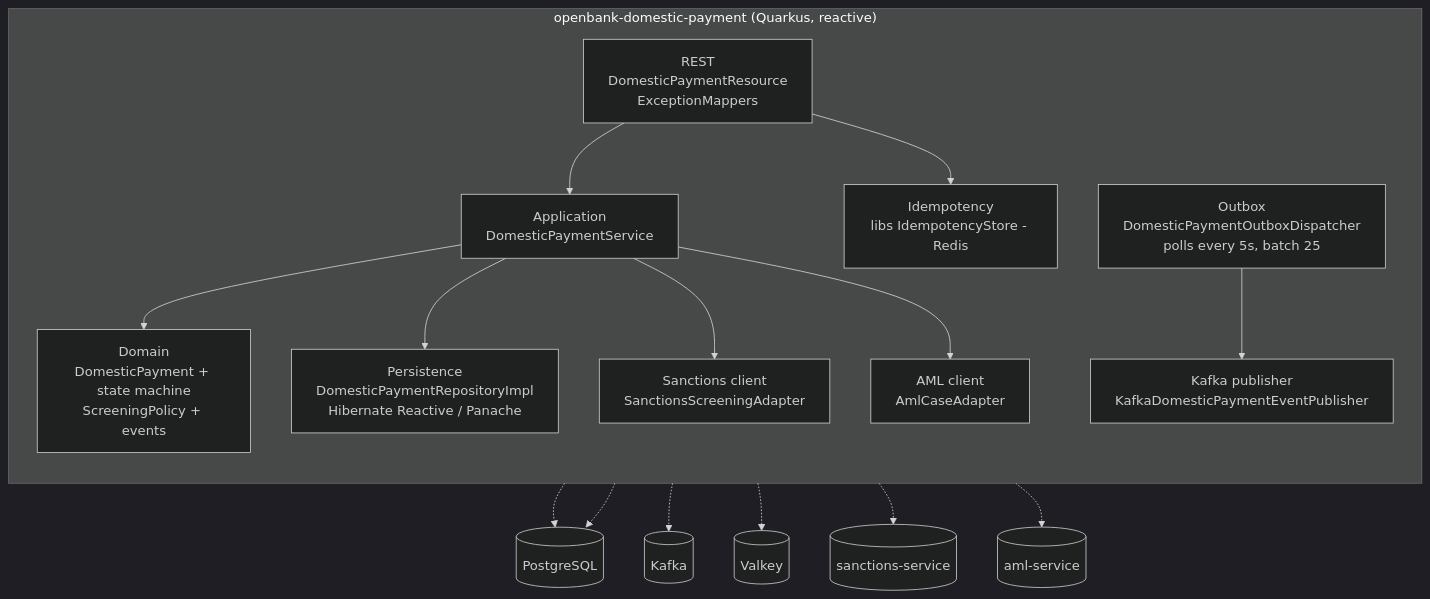
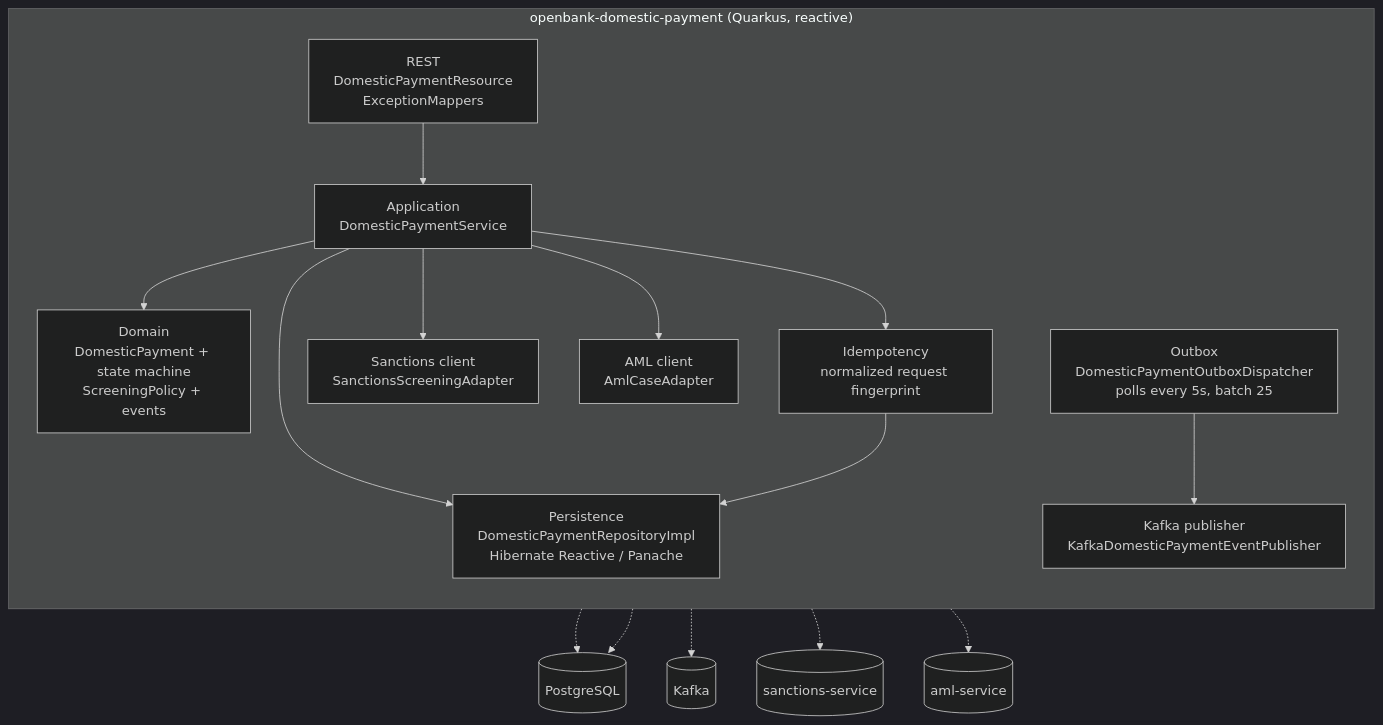
One commit to JiRaska/open-bank-oss changed the second of 4 diagrams in openbank-domestic-payment/src/main/resources/docs/02-architecture.en.md. Above: the diagram before and after it, drawn with Mermaid (dark theme). The commit also changed other lines of this file and 74 other files, not shown here.

````diff
--- a/openbank-domestic-payment/src/main/resources/docs/02-architecture.en.md
+++ b/openbank-domestic-payment/src/main/resources/docs/02-architecture.en.md
@@ -40,29 +40,29 @@
 ```mermaid
 graph TB
   subgraph "openbank-domestic-payment (Quarkus, reactive)"
     direction TB
     rest[REST<br/>DomesticPaymentResource<br/>ExceptionMappers]
     uc[Application<br/>DomesticPaymentService]
     dom[Domain<br/>DomesticPayment + state machine<br/>ScreeningPolicy + events]
     persist[Persistence<br/>DomesticPaymentRepositoryImpl<br/>Hibernate Reactive / Panache]
     outbox[Outbox<br/>DomesticPaymentOutboxDispatcher<br/>polls every 5s, batch 25]
     kafkaPub[Kafka publisher<br/>KafkaDomesticPaymentEventPublisher]
-    idem[Idempotency<br/>libs IdempotencyStore - Redis]
+    idem[Idempotency<br/>normalized request fingerprint]
     sancCli[Sanctions client<br/>SanctionsScreeningAdapter]
     amlCli[AML client<br/>AmlCaseAdapter]
   end
 
   rest --> uc
-  rest --> idem
   uc --> dom
+  uc --> idem
   uc --> persist
+  idem --> persist
   uc --> sancCli
   uc --> amlCli
   persist -.-> db[(PostgreSQL)]
   outbox --> kafkaPub
   outbox -.-> db
   kafkaPub -.-> kafka[(Kafka)]
-  idem -.-> redis[(Valkey)]
   sancCli -.-> sanc[(sanctions-service)]
   amlCli -.-> aml[(aml-service)]
 ```
````
